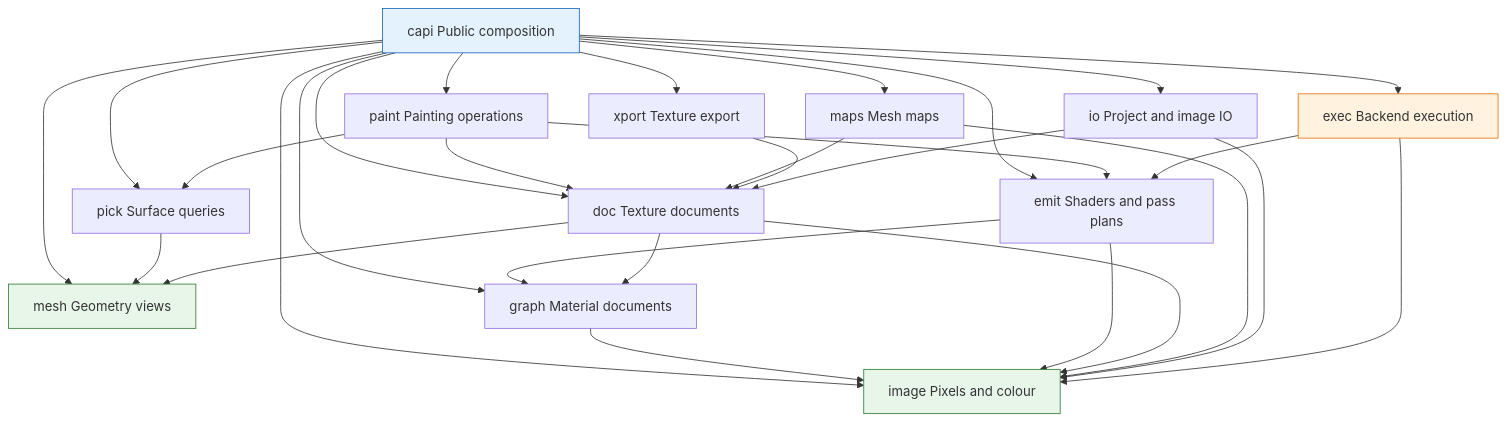
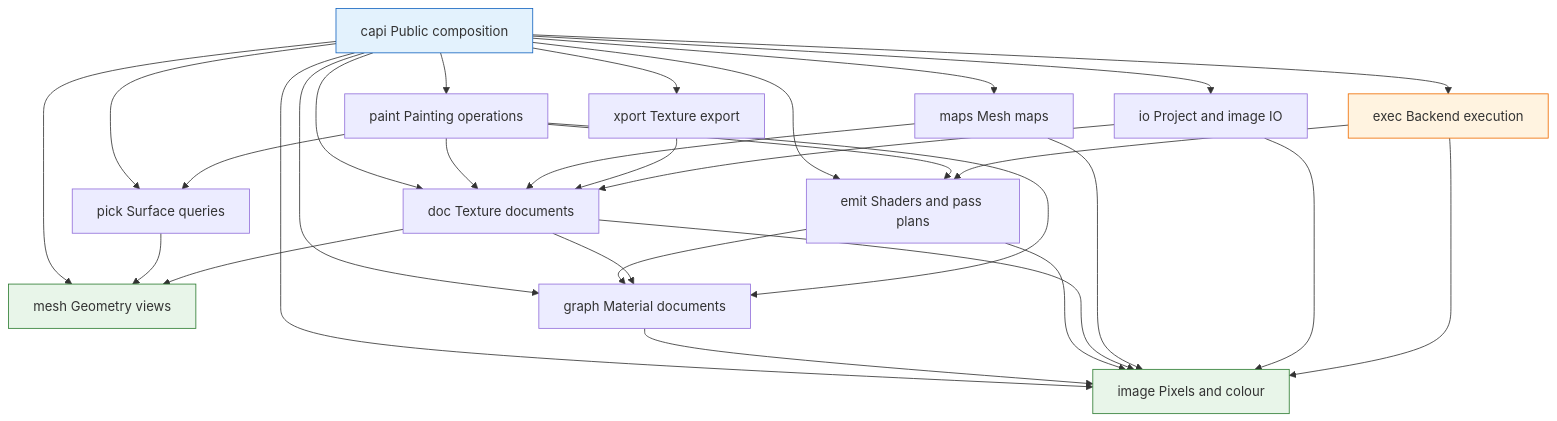
Before and after one commit to CyberdyneCorp/CyberTexel: the diagram in README.md, drawn with Mermaid. The commit also changed other lines of this file and 9 other files, not shown here.

````diff
--- a/README.md
+++ b/README.md
@@ -166,36 +169,37 @@
 ```mermaid
 flowchart TD
     CAPI["capi Public composition"] --> IMG["image Pixels and colour"]
     CAPI --> MESH["mesh Geometry views"]
     CAPI --> PICK["pick Surface queries"]
     CAPI --> GRAPH["graph Material documents"]
     CAPI --> EMIT["emit Shaders and pass plans"]
     CAPI --> DOC["doc Texture documents"]
     CAPI --> PAINT["paint Painting operations"]
     CAPI --> MAPS["maps Mesh maps"]
     CAPI --> XPORT["xport Texture export"]
     CAPI --> IO["io Project and image IO"]
     CAPI --> EXEC["exec Backend execution"]
     PICK --> MESH
     GRAPH --> IMG
     EMIT --> GRAPH
     EMIT --> IMG
     DOC --> GRAPH
     DOC --> IMG
     DOC --> MESH
     PAINT --> DOC
     PAINT --> EMIT
+    PAINT --> GRAPH
     PAINT --> PICK
     MAPS --> DOC
     MAPS --> IMG
     XPORT --> DOC
     IO --> DOC
     IO --> IMG
     EXEC --> EMIT
     EXEC --> IMG
 
     style CAPI fill:#E3F2FD,stroke:#1565C0
     style EXEC fill:#FFF3E0,stroke:#EF6C00
     style IMG fill:#E8F5E9,stroke:#2E7D32
     style MESH fill:#E8F5E9,stroke:#2E7D32
 ```
````
